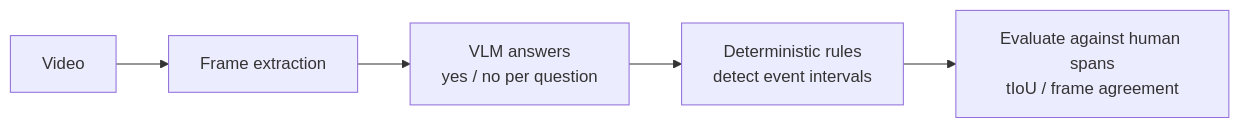
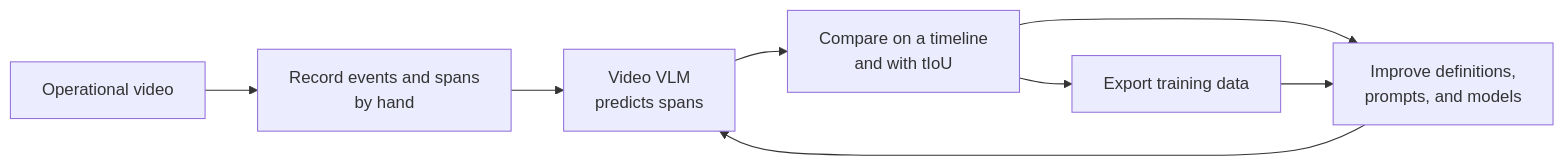
One commit to shure-dev/small-vlm-sop-check changed the diagram in README.en.md. Above: the diagram before and after it, drawn with Mermaid. The commit also changed other lines of this file and 23 other files, not shown here.

````diff
--- a/README.en.md
+++ b/README.en.md
@@ -67,7 +60,10 @@
 ```mermaid
 flowchart LR
-    A[Video] --> B[Frame extraction]
-    B --> C[VLM answers<br/>yes / no per question]
-    C --> D[Deterministic rules<br/>detect event intervals]
-    D --> E[Evaluate against human spans<br/>tIoU / frame agreement]
+    A[Operational video] --> B[Record events and spans<br/>by hand]
+    B --> C[Video VLM<br/>predicts spans]
+    C --> D[Compare on a timeline<br/>and with tIoU]
+    D --> E[Improve definitions,<br/>prompts, and models]
+    E --> C
+    D --> F[Export training data]
+    F --> E
 ```
````
